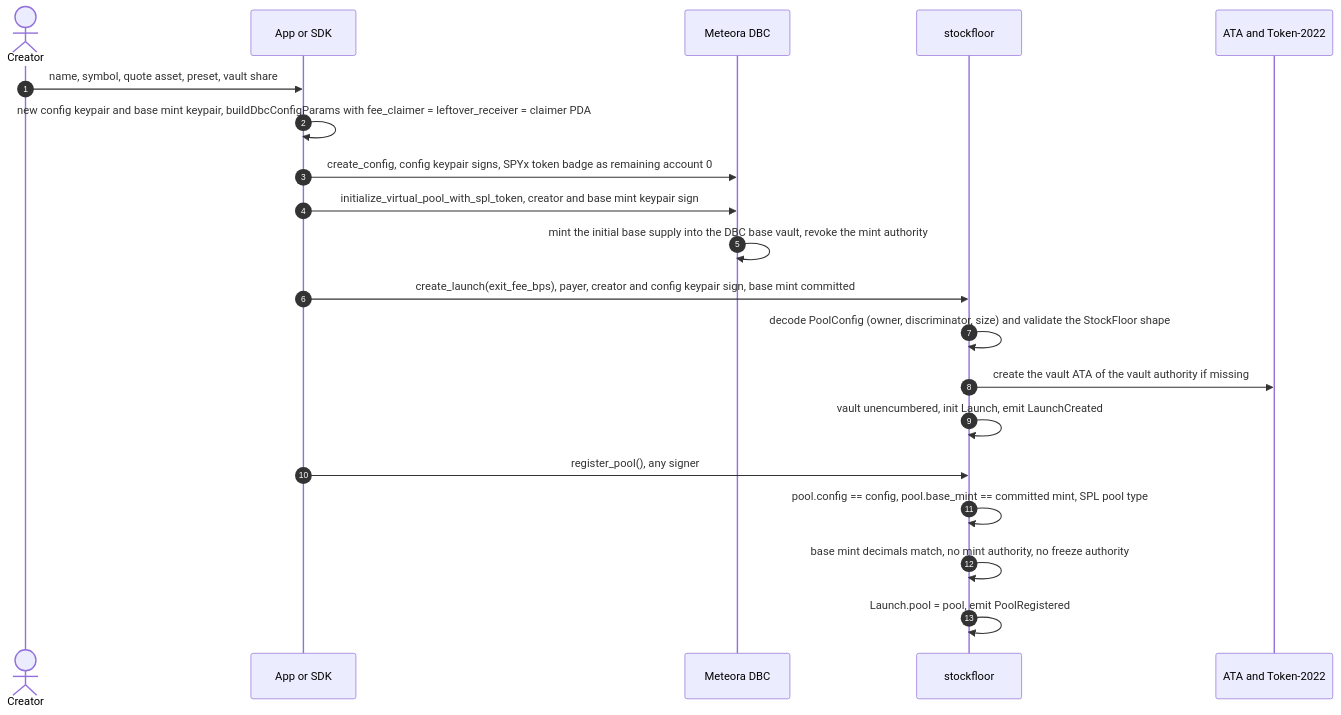
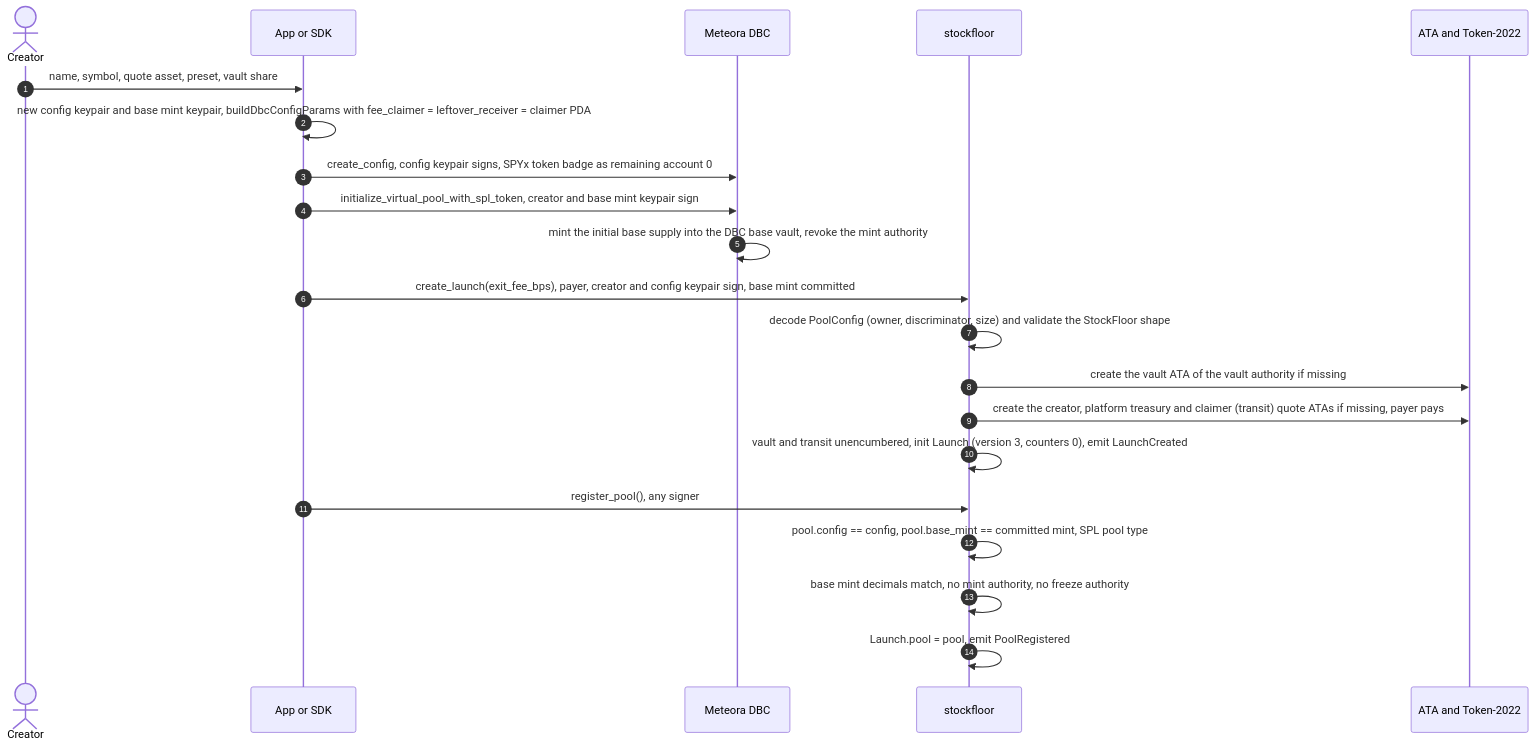
One commit to 0xrke/plinto changed the second of 6 diagrams in docs/architecture.md. Above: the diagram before and after it, drawn with Mermaid. The commit also changed other lines of this file and 3 other files, not shown here.

First line of the commit message:
docs: architecture, README fee tables, STATUS for the v3 fee model

````diff
--- a/docs/architecture.md
+++ b/docs/architecture.md
@@ -149,22 +215,23 @@
 ```mermaid
 sequenceDiagram
   autonumber
   actor Creator
   participant App as App or SDK
   participant DBC as Meteora DBC
   participant SF as stockfloor
   participant ATA as ATA and Token-2022
   Creator->>App: name, symbol, quote asset, preset, vault share
   App->>App: new config keypair and base mint keypair, buildDbcConfigParams with fee_claimer = leftover_receiver = claimer PDA
   App->>DBC: create_config, config keypair signs, SPYx token badge as remaining account 0
   App->>DBC: initialize_virtual_pool_with_spl_token, creator and base mint keypair sign
   DBC->>DBC: mint the initial base supply into the DBC base vault, revoke the mint authority
   App->>SF: create_launch(exit_fee_bps), payer, creator and config keypair sign, base mint committed
   SF->>SF: decode PoolConfig (owner, discriminator, size) and validate the StockFloor shape
   SF->>ATA: create the vault ATA of the vault authority if missing
-  SF->>SF: vault unencumbered, init Launch, emit LaunchCreated
+  SF->>ATA: create the creator, platform treasury and claimer (transit) quote ATAs if missing, payer pays
+  SF->>SF: vault and transit unencumbered, init Launch (version 3, counters 0), emit LaunchCreated
   App->>SF: register_pool(), any signer
   SF->>SF: pool.config == config, pool.base_mint == committed mint, SPL pool type
   SF->>SF: base mint decimals match, no mint authority, no freeze authority
   SF->>SF: Launch.pool = pool, emit PoolRegistered
 ```
````
